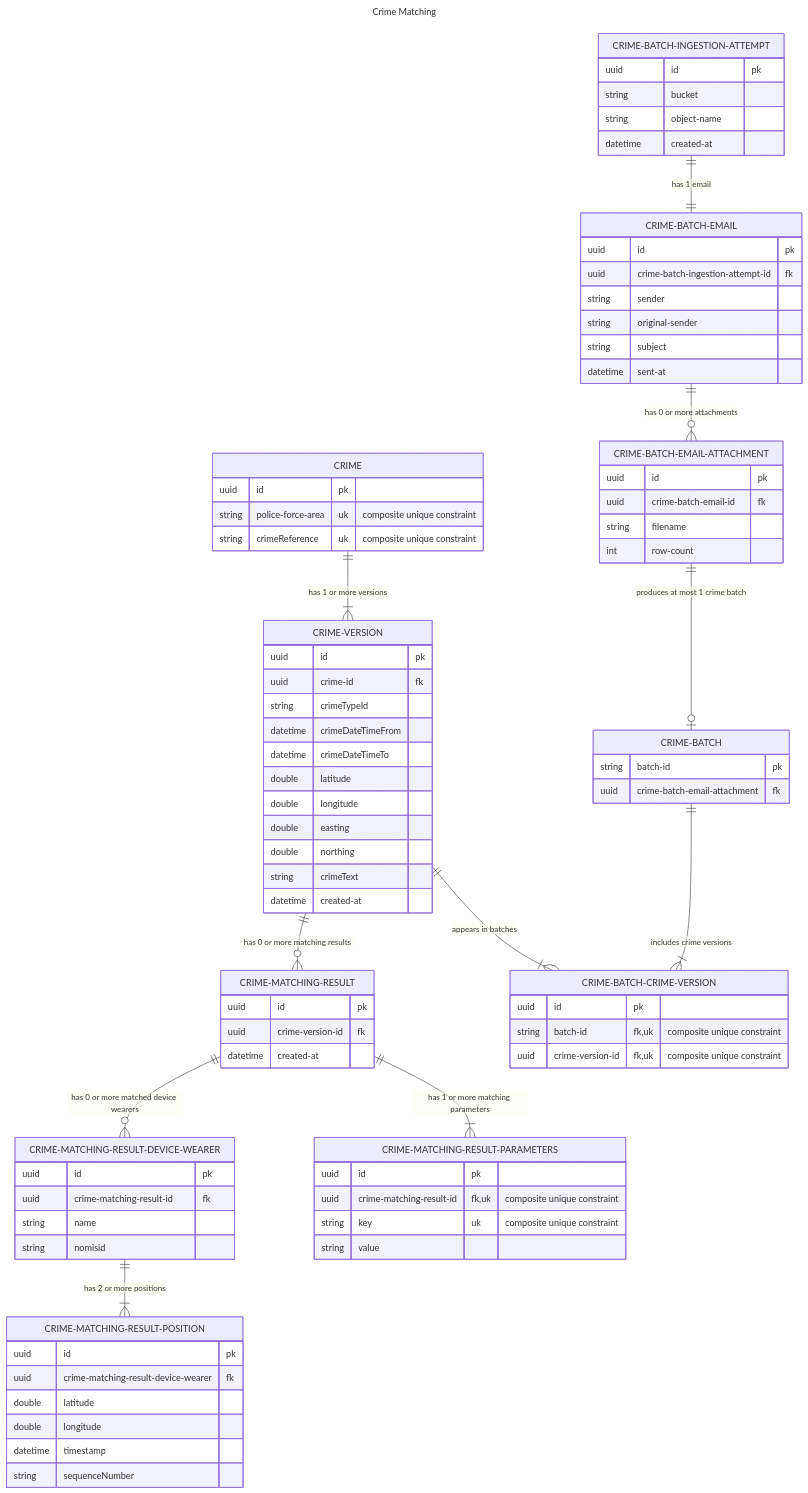
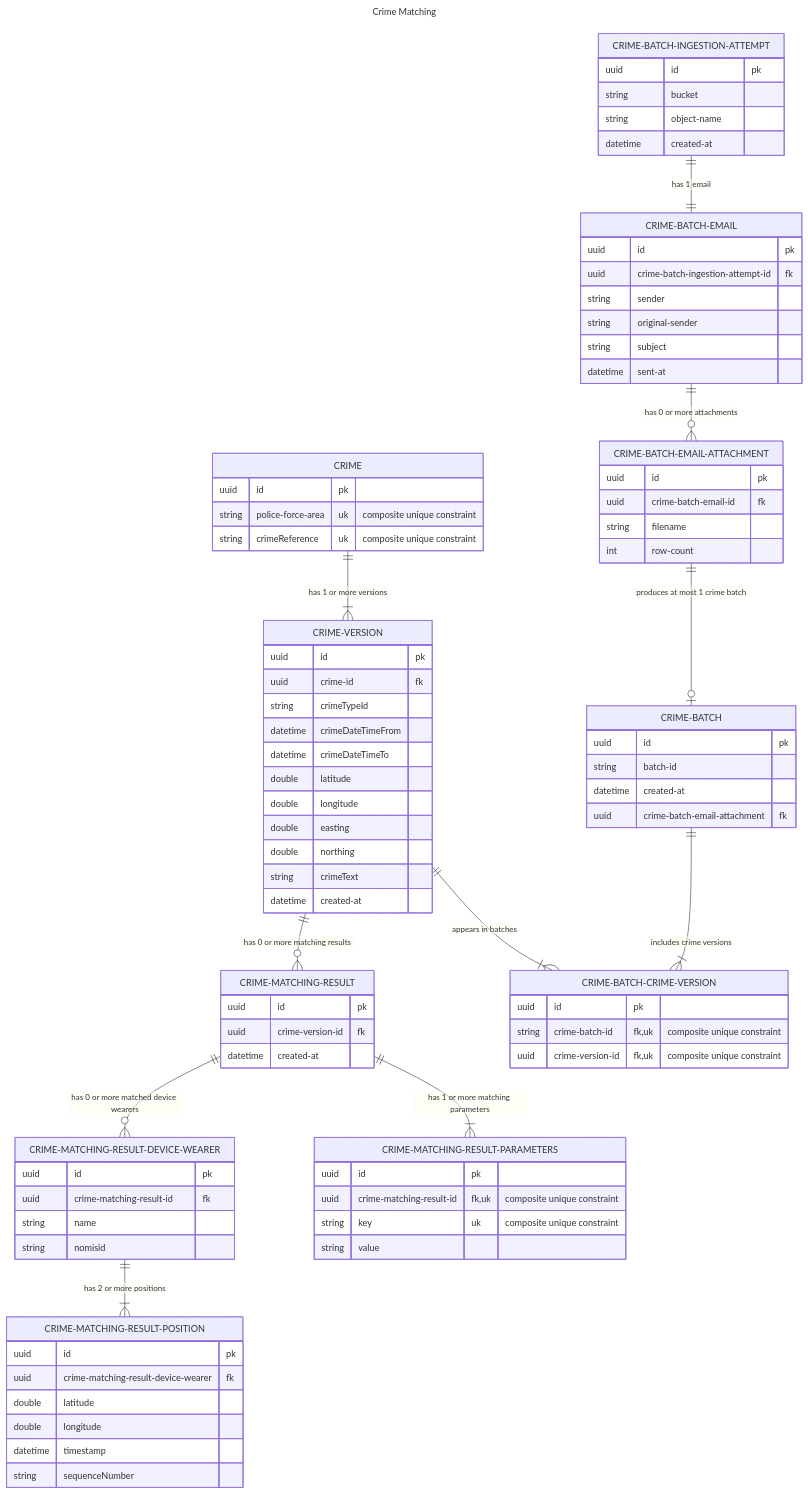
Before and after one commit to ministryofjustice/hmpps-electronic-monitoring-crime-matching-api: the diagram in docs/model.mmd, drawn with Mermaid.

Commit message:
Allow duplicate batch ids in model (#54)

```diff
--- a/docs/model.mmd
+++ b/docs/model.mmd
@@ -1,102 +1,104 @@
 ---
 title: Crime Matching
 ---
 erDiagram 
     %% Domain
     CRIME 1 to 1+ CRIME-VERSION : "has 1 or more versions"
     CRIME-VERSION 1 to 0+ CRIME-MATCHING-RESULT : "has 0 or more matching results"
     CRIME-BATCH 1 to 1+ CRIME-BATCH-CRIME-VERSION : "includes crime versions"
     CRIME-VERSION 1 to 1+ CRIME-BATCH-CRIME-VERSION : "appears in batches"
 
     %% Ingestion
     CRIME-BATCH-EMAIL-ATTACHMENT 1 to zero or one CRIME-BATCH : "produces at most 1 crime batch"
     CRIME-BATCH-INGESTION-ATTEMPT 1 to 1 CRIME-BATCH-EMAIL : "has 1 email"
     CRIME-BATCH-EMAIL 1 to 0+ CRIME-BATCH-EMAIL-ATTACHMENT : "has 0 or more attachments"
 
     %% Matching
     CRIME-MATCHING-RESULT 1 to 0+ CRIME-MATCHING-RESULT-DEVICE-WEARER : "has 0 or more matched device wearers"
     CRIME-MATCHING-RESULT 1 to 1+ CRIME-MATCHING-RESULT-PARAMETERS : "has 1 or more matching parameters"
     CRIME-MATCHING-RESULT-DEVICE-WEARER 1 to 1+ CRIME-MATCHING-RESULT-POSITION : "has 2 or more positions"
 
     CRIME-BATCH {
-        string batch-id pk
+        uuid id pk
+        string batch-id
+        datetime created-at
         uuid crime-batch-email-attachment fk
     }
 
     CRIME-BATCH-CRIME-VERSION {
         uuid id pk
-        string batch-id fk, uk "composite unique constraint"
+        string crime-batch-id fk, uk "composite unique constraint"
         uuid crime-version-id fk, uk "composite unique constraint"
     }
 
     CRIME-BATCH-INGESTION-ATTEMPT {
         uuid id pk
         string bucket
         string object-name
         datetime created-at
     }
 
     CRIME-BATCH-EMAIL {
         uuid id pk
         uuid crime-batch-ingestion-attempt-id fk
         string sender
         string original-sender
         string subject
         datetime sent-at
     }
 
     CRIME-BATCH-EMAIL-ATTACHMENT {
         uuid id pk
         uuid crime-batch-email-id fk
         string filename
         int row-count
     }
 
     CRIME {
         uuid id pk
         string police-force-area uk "composite unique constraint"
         string crimeReference uk "composite unique constraint"
     }
 
     CRIME-VERSION {
         uuid id pk
         uuid crime-id fk
         string crimeTypeId
         datetime crimeDateTimeFrom
         datetime crimeDateTimeTo
         double latitude
         double longitude
         double easting
         double northing
         string crimeText
         datetime created-at
     }
 
     CRIME-MATCHING-RESULT {
         uuid id pk
         uuid crime-version-id fk
         datetime created-at
     }
 
     CRIME-MATCHING-RESULT-PARAMETERS {
         uuid id pk
         uuid crime-matching-result-id fk, uk "composite unique constraint"
         string key uk "composite unique constraint"
         string value
     }
 
     CRIME-MATCHING-RESULT-DEVICE-WEARER {
         uuid id pk
         uuid crime-matching-result-id fk
         string name
         string nomisid
     }
 
     CRIME-MATCHING-RESULT-POSITION {
         uuid id pk
         uuid crime-matching-result-device-wearer fk
         double latitude
         double longitude
         datetime timestamp
         string sequenceNumber
     }
```
